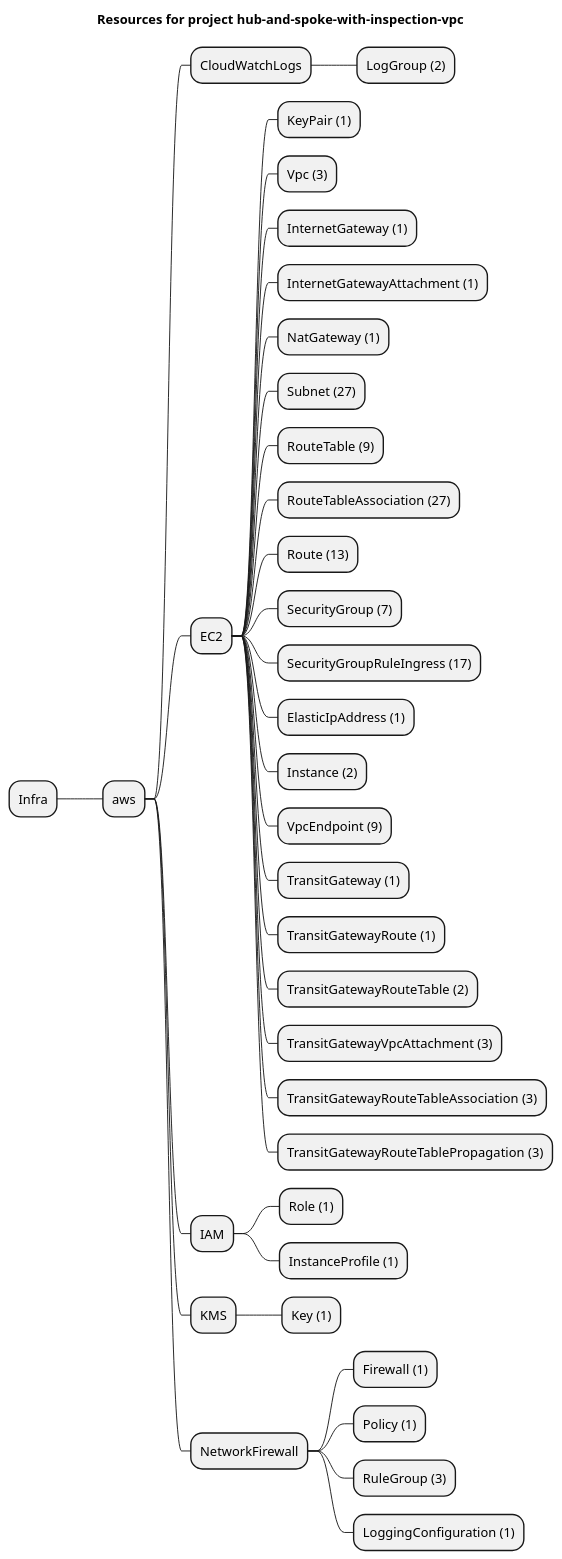
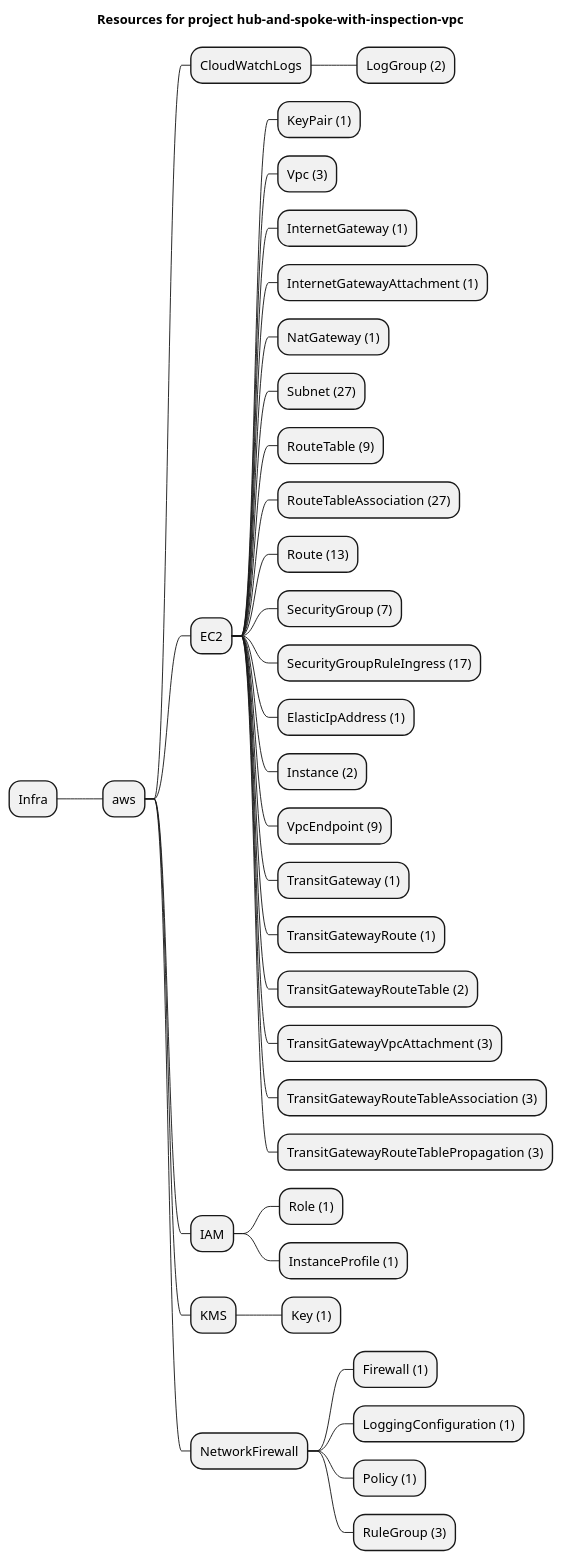
Before and after one commit to grucloud/grucloud: the diagram in examples/aws/aws-samples/hub-and-spoke-with-inspection-vpc/artifacts/resources-mindmap.puml, drawn with PlantUML. The commit also changed other lines of this file and 7 other files, not shown here.

```diff
--- a/examples/aws/aws-samples/hub-and-spoke-with-inspection-vpc/artifacts/resources-mindmap.puml
+++ b/examples/aws/aws-samples/hub-and-spoke-with-inspection-vpc/artifacts/resources-mindmap.puml
@@ -1,39 +1,39 @@
 @startmindmap
 title Resources for project hub-and-spoke-with-inspection-vpc
 skinparam monochrome true
 + Infra
 ++ aws
 +++ CloudWatchLogs
 ++++ LogGroup (2)
 +++ EC2
 ++++ KeyPair (1)
 ++++ Vpc (3)
 ++++ InternetGateway (1)
 ++++ InternetGatewayAttachment (1)
 ++++ NatGateway (1)
 ++++ Subnet (27)
 ++++ RouteTable (9)
 ++++ RouteTableAssociation (27)
 ++++ Route (13)
 ++++ SecurityGroup (7)
 ++++ SecurityGroupRuleIngress (17)
 ++++ ElasticIpAddress (1)
 ++++ Instance (2)
 ++++ VpcEndpoint (9)
 ++++ TransitGateway (1)
 ++++ TransitGatewayRoute (1)
 ++++ TransitGatewayRouteTable (2)
 ++++ TransitGatewayVpcAttachment (3)
 ++++ TransitGatewayRouteTableAssociation (3)
 ++++ TransitGatewayRouteTablePropagation (3)
 +++ IAM
 ++++ Role (1)
 ++++ InstanceProfile (1)
 +++ KMS
 ++++ Key (1)
 +++ NetworkFirewall
 ++++ Firewall (1)
+++++ LoggingConfiguration (1)
 ++++ Policy (1)
 ++++ RuleGroup (3)
-++++ LoggingConfiguration (1)
 @endmindmap
```
